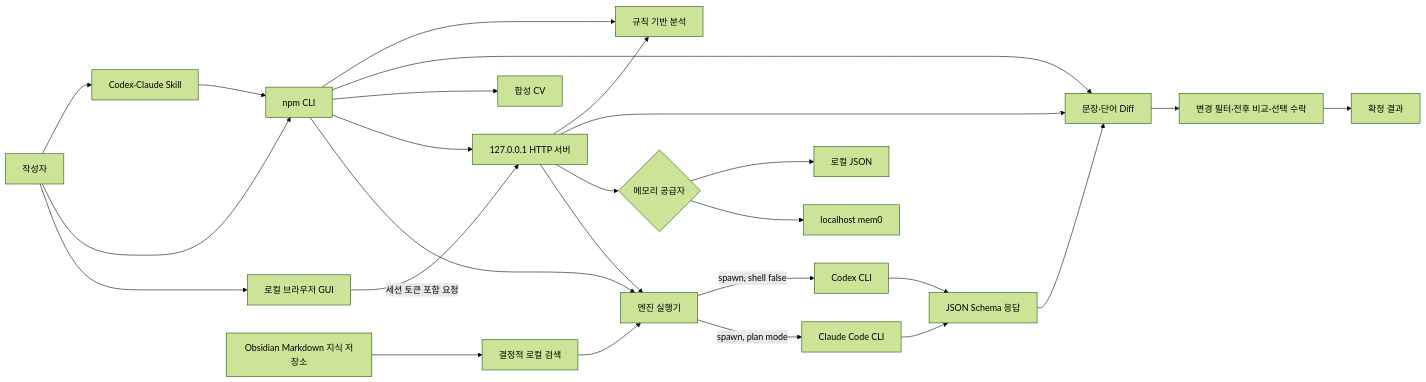
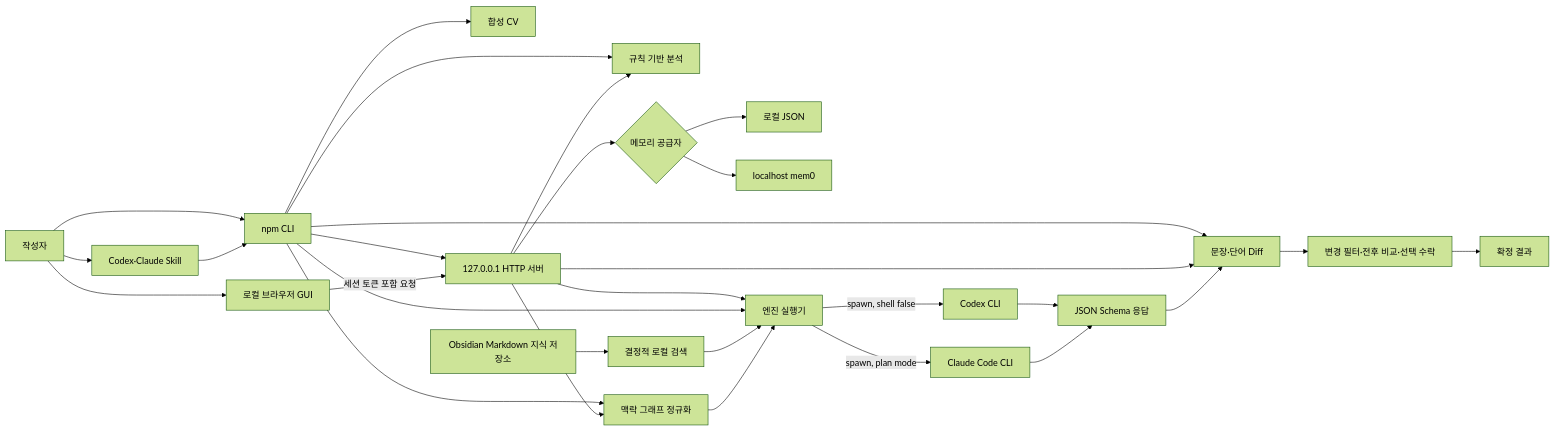
The first of 7 diagrams in README.md (kuseumkkrkkr/KR-humanizer), drawn with Mermaid (forest theme) before and after one commit. The commit also changed other lines of this file and 41 other files, not shown here.

Commit message:
feat: add graph-guided writing plans

````diff
--- a/README.md
+++ b/README.md
@@ -84,31 +87,34 @@
 ```mermaid
 flowchart LR
   Writer[작성자] --> Skill[Codex·Claude Skill]
   Writer --> CLI[npm CLI]
   Writer --> GUI[로컬 브라우저 GUI]
 
   Skill --> CLI
   CLI --> Analyze[규칙 기반 분석]
+  CLI --> Context[맥락 그래프 정규화]
   CLI --> Diff[문장·단어 Diff]
   CLI --> CV[합성 CV]
   CLI --> Server[127.0.0.1 HTTP 서버]
   GUI -->|세션 토큰 포함 요청| Server
 
   Server --> Analyze
+  Server --> Context
   Server --> Diff
   Server --> Memory{메모리 공급자}
   Memory --> Local[로컬 JSON]
   Memory --> Mem0[localhost mem0]
 
   Server --> Runner[엔진 실행기]
   CLI --> Runner
   Runner -->|spawn, shell false| Codex[Codex CLI]
   Runner -->|spawn, plan mode| Claude[Claude Code CLI]
   Vault[Obsidian Markdown 지식 저장소] --> Retriever[결정적 로컬 검색]
   Retriever --> Runner
+  Context --> Runner
   Codex --> Schema[JSON Schema 응답]
   Claude --> Schema
   Schema --> Diff
   Diff --> Review[변경 필터·전후 비교·선택 수락]
   Review --> Result[확정 결과]
 ```
````
